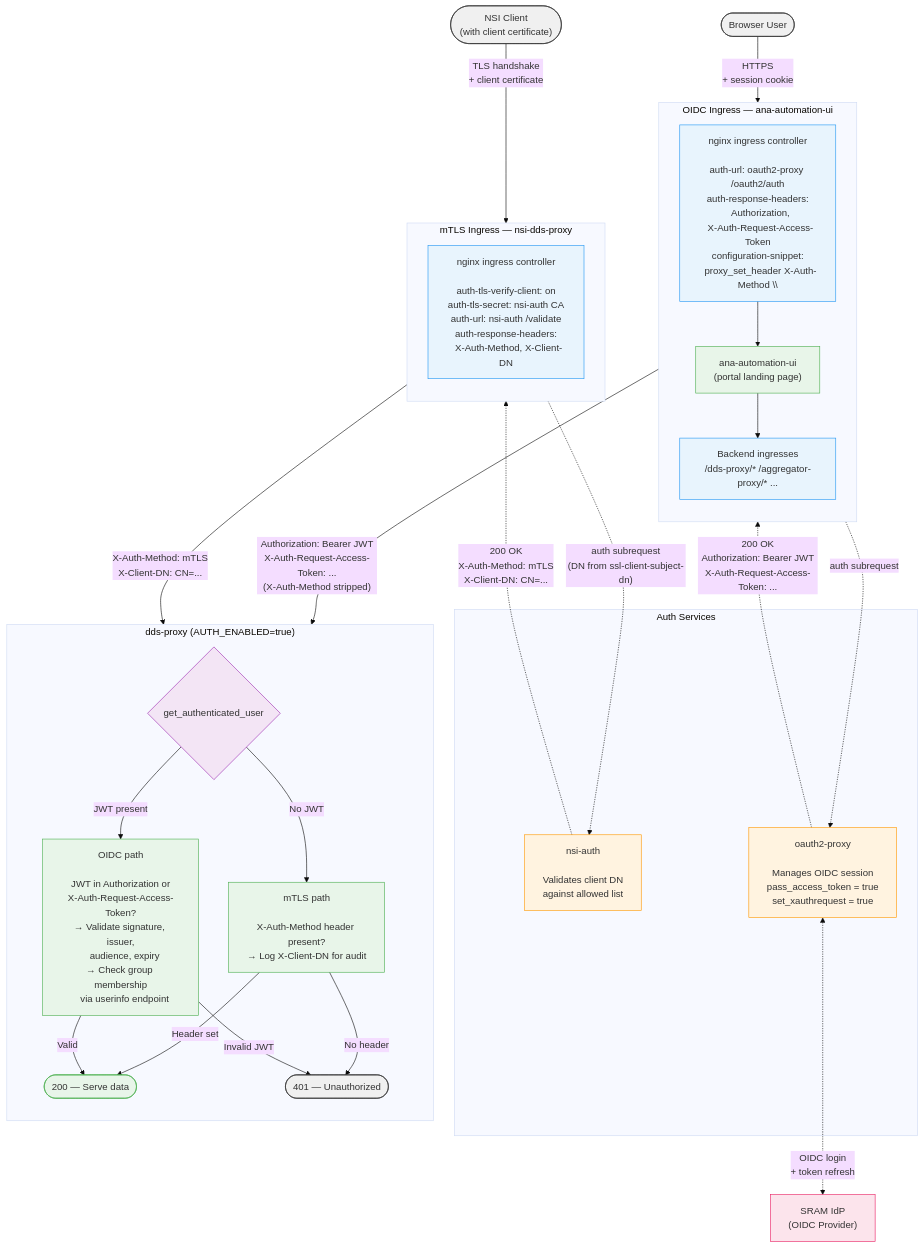
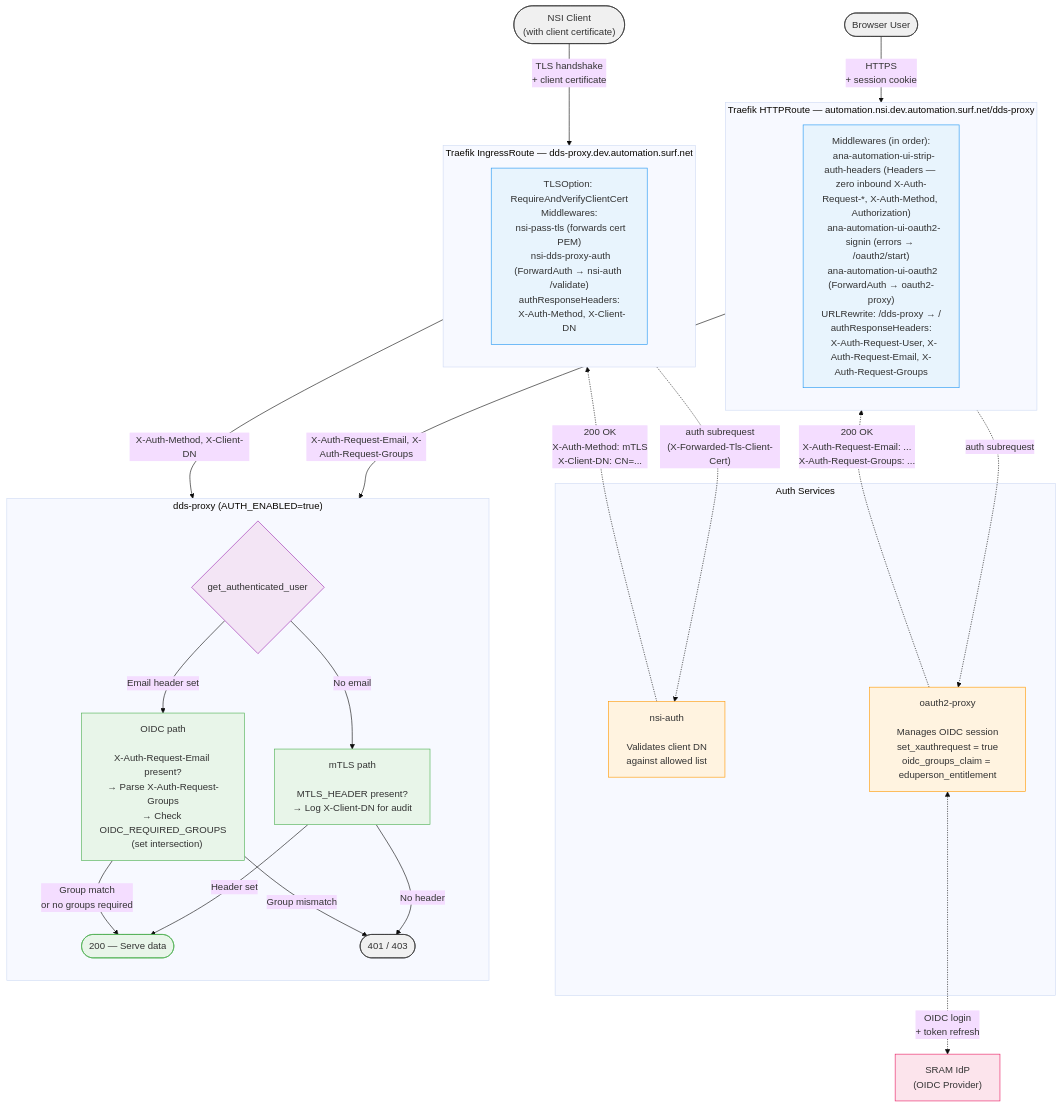
One commit to workfloworchestrator/nsi-dds-proxy changed the diagram in README.md. Above: the diagram before and after it, drawn with Mermaid (base theme). The commit also changed other lines of this file and 9 other files, not shown here.

````diff
--- a/README.md
+++ b/README.md
@@ -86,61 +89,57 @@
 ```mermaid
 flowchart TB
     classDef client fill:#f0f0f0,stroke:#333
     classDef ingress fill:#e8f4fd,stroke:#2196F3
     classDef authsvc fill:#fff3e0,stroke:#FF9800
     classDef appsvc fill:#e8f5e9,stroke:#4CAF50
     classDef external fill:#fce4ec,stroke:#E91E63
     classDef decision fill:#f3e5f5,stroke:#9C27B0
 
     NSI(["NSI Client\n(with client certificate)"]):::client
     Browser(["Browser User"]):::client
     SRAM["SRAM IdP\n(OIDC Provider)"]:::external
 
-    subgraph mTLS_Path["mTLS Ingress — nsi-dds-proxy"]
+    subgraph mTLS_Route["Traefik IngressRoute — dds-proxy.dev.automation.surf.net"]
         direction TB
-        mNginx["nginx ingress controller\n\nauth-tls-verify-client: on\nauth-tls-secret: nsi-auth CA\nauth-url: nsi-auth /validate\nauth-response-headers:\n  X-Auth-Method, X-Client-DN"]:::ingress
+        mTraefik["TLSOption: RequireAndVerifyClientCert\nMiddlewares:\n  nsi-pass-tls (forwards cert PEM)\n  nsi-dds-proxy-auth (ForwardAuth → nsi-auth /validate)\nauthResponseHeaders:\n  X-Auth-Method, X-Client-DN"]:::ingress
     end
 
-    subgraph OIDC_Path["OIDC Ingress — ana-automation-ui"]
+    subgraph Portal_Route["Traefik HTTPRoute — automation.nsi.dev.automation.surf.net/dds-proxy"]
         direction TB
-        oNginx["nginx ingress controller\n\nauth-url: oauth2-proxy /oauth2/auth\nauth-response-headers:\n  Authorization,\n  X-Auth-Request-Access-Token\nconfiguration-snippet:\n  proxy_set_header X-Auth-Method \"\""]:::ingress
-        Portal["ana-automation-ui\n(portal landing page)"]:::appsvc
-        BackendIngress["Backend ingresses\n/dds-proxy/* /aggregator-proxy/* ..."]:::ingress
-        oNginx --> Portal
-        Portal --> BackendIngress
+        oTraefik["Middlewares (in order):\n  ana-automation-ui-strip-auth-headers (Headers — zero inbound X-Auth-Request-*, X-Auth-Method, Authorization)\n  ana-automation-ui-oauth2-signin (errors → /oauth2/start)\n  ana-automation-ui-oauth2 (ForwardAuth → oauth2-proxy)\nURLRewrite: /dds-proxy → /\nauthResponseHeaders:\n  X-Auth-Request-User, X-Auth-Request-Email, X-Auth-Request-Groups"]:::ingress
     end
 
     subgraph Auth_Services["Auth Services"]
         nsiAuth["nsi-auth\n\nValidates client DN\nagainst allowed list"]:::authsvc
-        OAuth2["oauth2-proxy\n\nManages OIDC session\npass_access_token = true\nset_xauthrequest = true"]:::authsvc
+        OAuth2["oauth2-proxy\n\nManages OIDC session\nset_xauthrequest = true\noidc_groups_claim = eduperson_entitlement"]:::authsvc
     end
 
-    NSI -->|"TLS handshake\n+ client certificate"| mNginx
-    Browser -->|"HTTPS\n+ session cookie"| oNginx
+    NSI -->|"TLS handshake\n+ client certificate"| mTraefik
+    Browser -->|"HTTPS\n+ session cookie"| oTraefik
 
-    mNginx -.->|"auth subrequest\n(DN from ssl-client-subject-dn)"| nsiAuth
-    nsiAuth -.->|"200 OK\nX-Auth-Method: mTLS\nX-Client-DN: CN=..."| mNginx
+    mTraefik -.->|"auth subrequest\n(X-Forwarded-Tls-Client-Cert)"| nsiAuth
+    nsiAuth -.->|"200 OK\nX-Auth-Method: mTLS\nX-Client-DN: CN=..."| mTraefik
 
-    oNginx -.->|"auth subrequest"| OAuth2
-    OAuth2 -.->|"200 OK\nAuthorization: Bearer JWT\nX-Auth-Request-Access-Token: ..."| oNginx
+    oTraefik -.->|"auth subrequest"| OAuth2
+    OAuth2 -.->|"200 OK\nX-Auth-Request-Email: ...\nX-Auth-Request-Groups: ..."| oTraefik
     OAuth2 <-.->|"OIDC login\n+ token refresh"| SRAM
 
     subgraph DDS_Proxy["dds-proxy (AUTH_ENABLED=true)"]
         direction TB
         AuthCheck{"get_authenticated_user"}:::decision
-        OIDC_Check["OIDC path\n\nJWT in Authorization or\nX-Auth-Request-Access-Token?\n→ Validate signature, issuer,\n   audience, expiry\n→ Check group membership\n   via userinfo endpoint"]:::appsvc
-        mTLS_Check["mTLS path\n\nX-Auth-Method header present?\n→ Log X-Client-DN for audit"]:::appsvc
+        OIDC_Check["OIDC path\n\nX-Auth-Request-Email present?\n→ Parse X-Auth-Request-Groups\n→ Check OIDC_REQUIRED_GROUPS\n   (set intersection)"]:::appsvc
+        mTLS_Check["mTLS path\n\nMTLS_HEADER present?\n→ Log X-Client-DN for audit"]:::appsvc
         OK(["200 — Serve data"]):::appsvc
-        Reject(["401 — Unauthorized"]):::client
+        Reject(["401 / 403"]):::client
 
-        AuthCheck -->|"JWT present"| OIDC_Check
-        AuthCheck -->|"No JWT"| mTLS_Check
-        OIDC_Check -->|"Valid"| OK
-        OIDC_Check -->|"Invalid JWT"| Reject
+        AuthCheck -->|"Email header set"| OIDC_Check
+        AuthCheck -->|"No email"| mTLS_Check
+        OIDC_Check -->|"Group match\nor no groups required"| OK
+        OIDC_Check -->|"Group mismatch"| Reject
         mTLS_Check -->|"Header set"| OK
         mTLS_Check -->|"No header"| Reject
     end
 
-    mNginx -->|"X-Auth-Method: mTLS\nX-Client-DN: CN=..."| AuthCheck
-    BackendIngress -->|"Authorization: Bearer JWT\nX-Auth-Request-Access-Token: ...\n(X-Auth-Method stripped)"| AuthCheck
+    mTraefik -->|"X-Auth-Method, X-Client-DN"| AuthCheck
+    oTraefik -->|"X-Auth-Request-Email, X-Auth-Request-Groups"| AuthCheck
 ```
````
